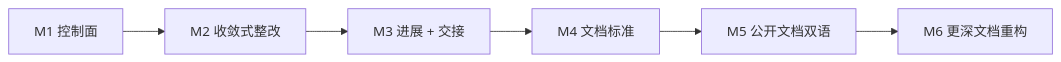
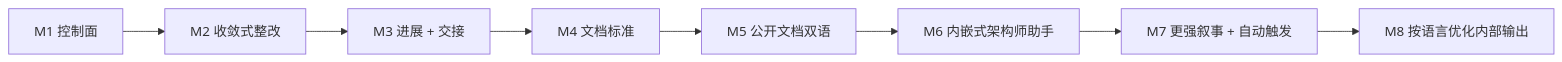
Before and after one commit to redcreen/project-assistant: the diagram in docs/roadmap.zh-CN.md, drawn with Mermaid. The commit also changed other lines of this file and 34 other files, not shown here.

````diff
--- a/docs/roadmap.zh-CN.md
+++ b/docs/roadmap.zh-CN.md
@@ -30,8 +32,10 @@
 ```mermaid
 flowchart LR
     M1["M1 控制面"] --> M2["M2 收敛式整改"]
     M2 --> M3["M3 进展 + 交接"]
     M3 --> M4["M4 文档标准"]
     M4 --> M5["M5 公开文档双语"]
-    M5 --> M6["M6 更深文档重构"]
+    M5 --> M6["M6 内嵌式架构师助手"]
+    M6 --> M7["M7 更强叙事 + 自动触发"]
+    M7 --> M8["M8 按语言优化内部输出"]
 ```
````
